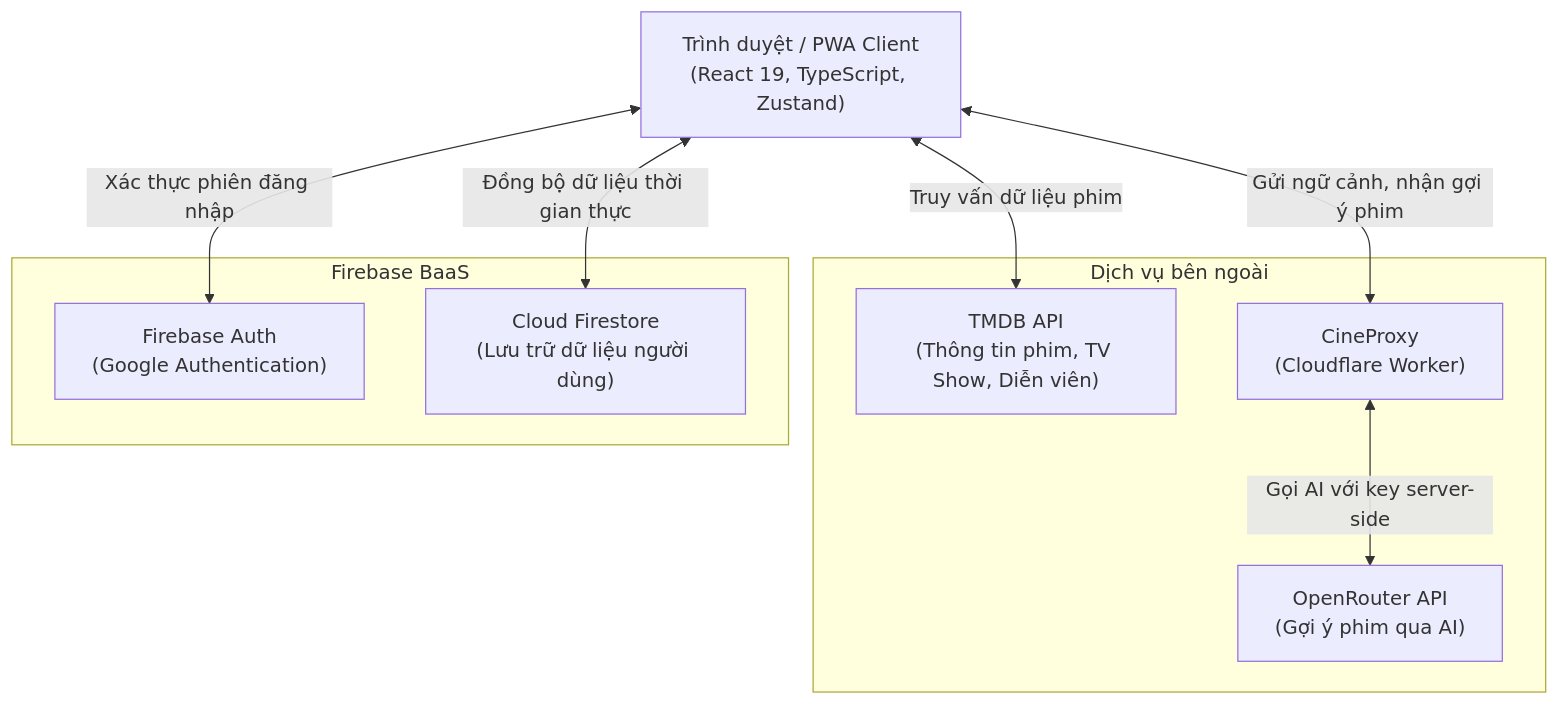
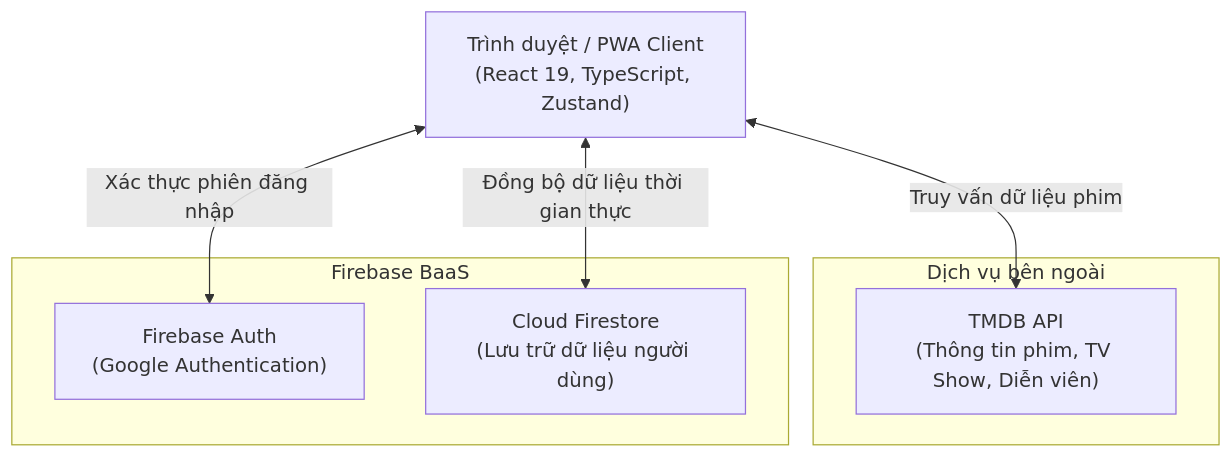
One commit to dexter826/cinemob changed the diagram in README.md. Above: the diagram before and after it, drawn with Mermaid. The commit also changed other lines of this file and 11 other files, not shown here.

````diff
--- a/README.md
+++ b/README.md
@@ -43,21 +43,17 @@
 ```mermaid
 graph TD
     Client["Trình duyệt / PWA Client<br/>(React 19, TypeScript, Zustand)"]
 
     subgraph External_Services["Dịch vụ bên ngoài"]
         TMDB["TMDB API<br/>(Thông tin phim, TV Show, Diễn viên)"]
-        AIProxy["CineProxy<br/>(Cloudflare Worker)"]
-        OpenRouter["OpenRouter API<br/>(Gợi ý phim qua AI)"]
     end
 
     subgraph Firebase_Services["Firebase BaaS"]
         Auth["Firebase Auth<br/>(Google Authentication)"]
         Firestore["Cloud Firestore<br/>(Lưu trữ dữ liệu người dùng)"]
     end
 
     Client <-->|Truy vấn dữ liệu phim| TMDB
-    Client <-->|Gửi ngữ cảnh, nhận gợi ý phim| AIProxy
-    AIProxy <-->|Gọi AI với key server-side| OpenRouter
     Client <-->|Xác thực phiên đăng nhập| Auth
     Client <-->|Đồng bộ dữ liệu thời gian thực| Firestore
 ```
````
